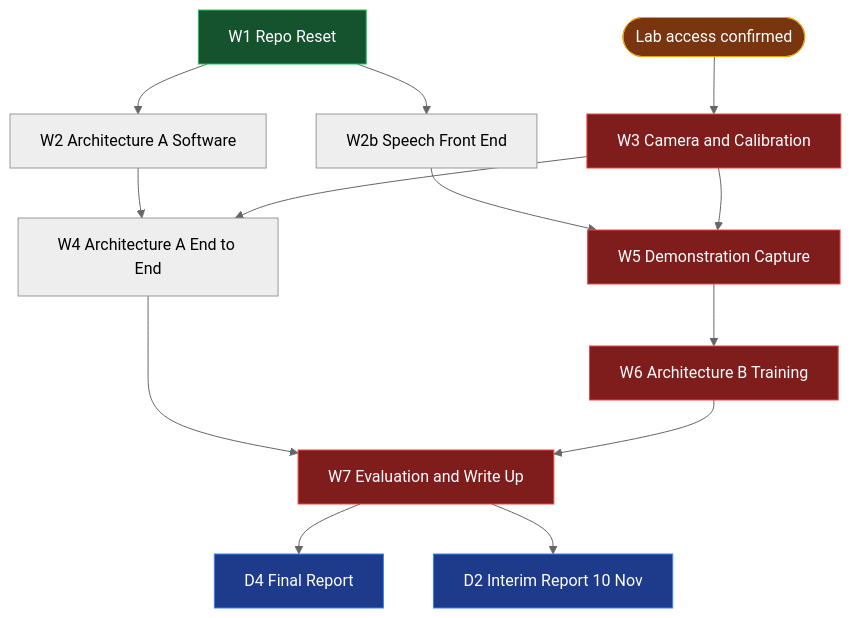
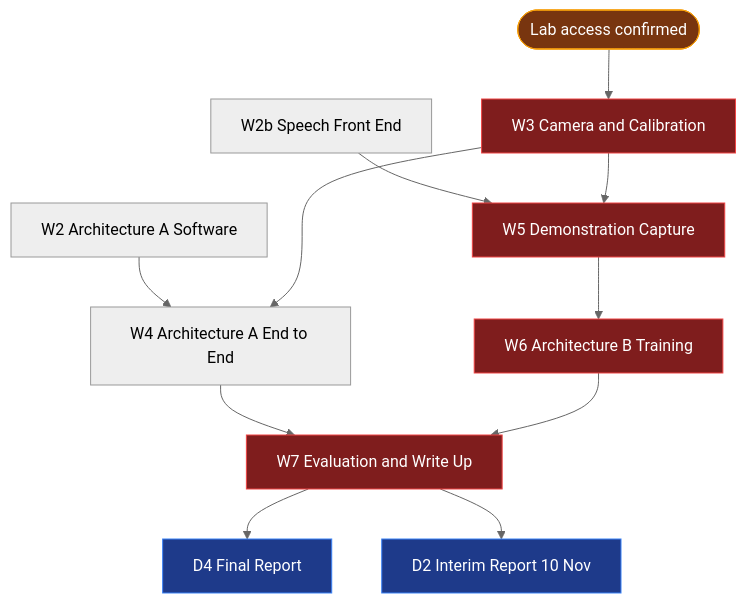
One commit to jjietay/fyp-vla-ur5e changed the first of 3 diagrams in docs/plan_vault/Flowchart.md. Above: the diagram before and after it, drawn with Mermaid (neutral theme). The commit also changed other lines of this file and 86 other files, not shown here.

````diff
--- a/docs/plan_vault/Flowchart.md
+++ b/docs/plan_vault/Flowchart.md
@@ -15,32 +15,29 @@
 ```mermaid
 flowchart TD
     LAB([Lab access confirmed]):::blocker
-    W1[W1 Repo Reset]:::doing
     W2[W2 Architecture A Software]
     W2B[W2b Speech Front End]
     W3[W3 Camera and Calibration]:::crit
     W4[W4 Architecture A End to End]
     W5[W5 Demonstration Capture]:::crit
     W6[W6 Architecture B Training]:::crit
     W7[W7 Evaluation and Write Up]:::crit
     D4[D4 Final Report]:::deliver
     D2[D2 Interim Report 10 Nov]:::deliver
 
-    W1 --> W2
-    W1 --> W2B
     W2 --> W4
     W2B --> W5
     LAB --> W3
     W3 --> W4
     W3 --> W5
     W4 --> W7
     W5 --> W6
     W6 --> W7
     W7 --> D4
     W7 --> D2
 
     classDef crit fill:#7f1d1d,stroke:#ef4444,color:#fff
     classDef blocker fill:#78350f,stroke:#f59e0b,color:#fff
     classDef doing fill:#14532d,stroke:#22c55e,color:#fff
     classDef deliver fill:#1e3a8a,stroke:#3b82f6,color:#fff
 ```
````
